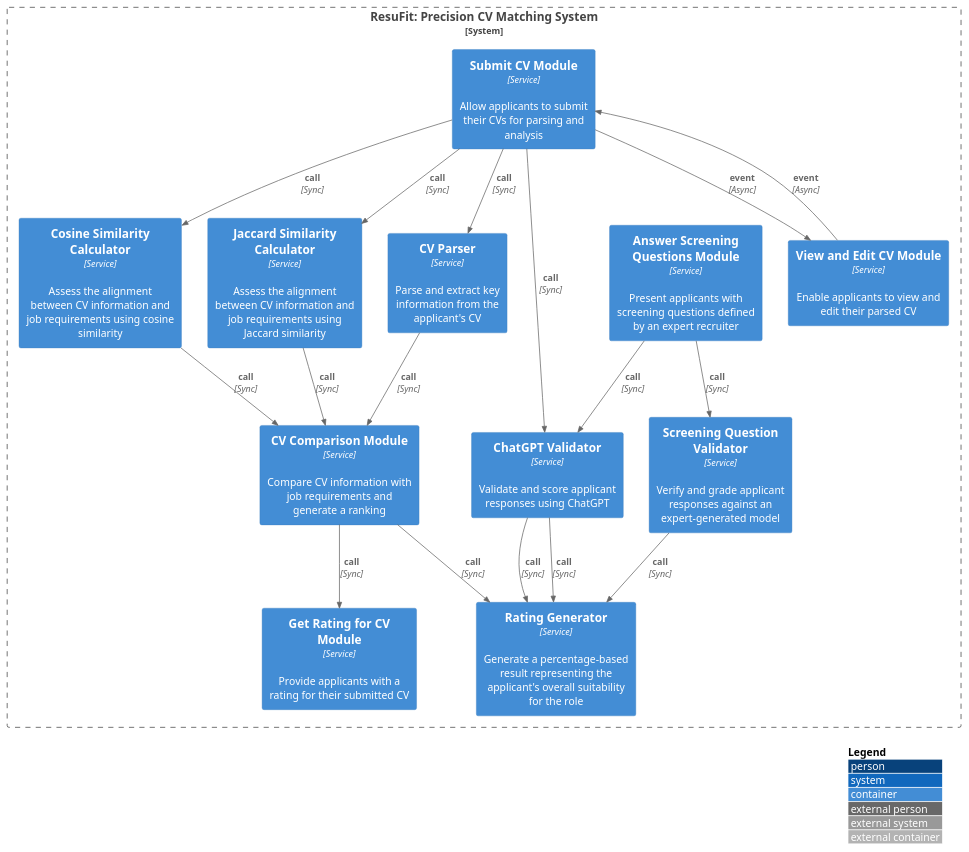
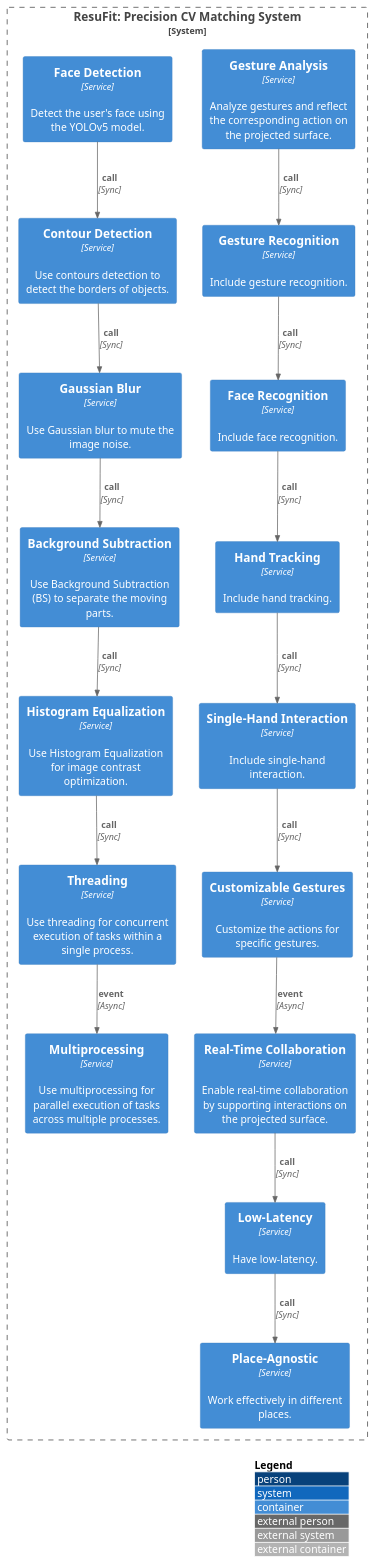
One commit to hanaAbdelwahab/GPARCHIMIND changed the diagram in data/outputs/architecture_c4.puml. Above: the diagram before and after it, drawn with PlantUML. The commit also changed 21 other files, not shown here.

```diff
--- a/data/outputs/architecture_c4.puml
+++ b/data/outputs/architecture_c4.puml
@@ -1,33 +1,36 @@
 @startuml
 !include https://raw.githubusercontent.com/plantuml-stdlib/C4-PlantUML/master/C4_Container.puml
 LAYOUT_WITH_LEGEND()
 System_Boundary(ResuFitPrecisionCVMatchingSystem, "ResuFit: Precision CV Matching System") {
-  Container(CVParser, "CV Parser", "Service", "Parse and extract key information from the applicant's CV")
-  Container(ScreeningQuestionValidator, "Screening Question Validator", "Service", "Verify and grade applicant responses against an expert-generated model")
-  Container(CosineSimilarityCalculator, "Cosine Similarity Calculator", "Service", "Assess the alignment between CV information and job requirements using cosine similarity")
-  Container(JaccardSimilarityCalculator, "Jaccard Similarity Calculator", "Service", "Assess the alignment between CV information and job requirements using Jaccard similarity")
-  Container(RatingGenerator, "Rating Generator", "Service", "Generate a percentage-based result representing the applicant's overall suitability for the role")
-  Container(CVComparisonModule, "CV Comparison Module", "Service", "Compare CV information with job requirements and generate a ranking")
-  Container(ChatGPTValidator, "ChatGPT Validator", "Service", "Validate and score applicant responses using ChatGPT")
-  Container(SubmitCVModule, "Submit CV Module", "Service", "Allow applicants to submit their CVs for parsing and analysis")
-  Container(ViewandEditCVModule, "View and Edit CV Module", "Service", "Enable applicants to view and edit their parsed CV")
-  Container(AnswerScreeningQuestionsModule, "Answer Screening Questions Module", "Service", "Present applicants with screening questions defined by an expert recruiter")
-  Container(GetRatingforCVModule, "Get Rating for CV Module", "Service", "Provide applicants with a rating for their submitted CV")
+  Container(GestureAnalysis, "Gesture Analysis", "Service", "Analyze gestures and reflect the corresponding action on the projected surface.")
+  Container(GestureRecognition, "Gesture Recognition", "Service", "Include gesture recognition.")
+  Container(FaceRecognition, "Face Recognition", "Service", "Include face recognition.")
+  Container(HandTracking, "Hand Tracking", "Service", "Include hand tracking.")
+  Container(SingleHandInteraction, "Single-Hand Interaction", "Service", "Include single-hand interaction.")
+  Container(CustomizableGestures, "Customizable Gestures", "Service", "Customize the actions for specific gestures.")
+  Container(RealTimeCollaboration, "Real-Time Collaboration", "Service", "Enable real-time collaboration by supporting interactions on the projected surface.")
+  Container(LowLatency, "Low-Latency", "Service", "Have low-latency.")
+  Container(PlaceAgnostic, "Place-Agnostic", "Service", "Work effectively in different places.")
+  Container(FaceDetection, "Face Detection", "Service", "Detect the user's face using the YOLOv5 model.")
+  Container(ContourDetection, "Contour Detection", "Service", "Use contours detection to detect the borders of objects.")
+  Container(GaussianBlur, "Gaussian Blur", "Service", "Use Gaussian blur to mute the image noise.")
+  Container(BackgroundSubtraction, "Background Subtraction", "Service", "Use Background Subtraction (BS) to separate the moving parts.")
+  Container(HistogramEqualization, "Histogram Equalization", "Service", "Use Histogram Equalization for image contrast optimization.")
+  Container(Threading, "Threading", "Service", "Use threading for concurrent execution of tasks within a single process.")
+  Container(Multiprocessing, "Multiprocessing", "Service", "Use multiprocessing for parallel execution of tasks across multiple processes.")
 }
-Rel(SubmitCVModule, CVParser, "call", "Sync")
-Rel(CVParser, CVComparisonModule, "call", "Sync")
-Rel(CVComparisonModule, RatingGenerator, "call", "Sync")
-Rel(CVComparisonModule, GetRatingforCVModule, "call", "Sync")
-Rel(SubmitCVModule, ViewandEditCVModule, "event", "Async")
-Rel(ViewandEditCVModule, SubmitCVModule, "event", "Async")
-Rel(AnswerScreeningQuestionsModule, ScreeningQuestionValidator, "call", "Sync")
-Rel(ScreeningQuestionValidator, RatingGenerator, "call", "Sync")
-Rel(SubmitCVModule, ChatGPTValidator, "call", "Sync")
-Rel(ChatGPTValidator, RatingGenerator, "call", "Sync")
-Rel(SubmitCVModule, CosineSimilarityCalculator, "call", "Sync")
-Rel(CosineSimilarityCalculator, CVComparisonModule, "call", "Sync")
-Rel(SubmitCVModule, JaccardSimilarityCalculator, "call", "Sync")
-Rel(JaccardSimilarityCalculator, CVComparisonModule, "call", "Sync")
-Rel(AnswerScreeningQuestionsModule, ChatGPTValidator, "call", "Sync")
-Rel(ChatGPTValidator, RatingGenerator, "call", "Sync")
+Rel(GestureAnalysis, GestureRecognition, "call", "Sync")
+Rel(GestureRecognition, FaceRecognition, "call", "Sync")
+Rel(FaceRecognition, HandTracking, "call", "Sync")
+Rel(HandTracking, SingleHandInteraction, "call", "Sync")
+Rel(SingleHandInteraction, CustomizableGestures, "call", "Sync")
+Rel(CustomizableGestures, RealTimeCollaboration, "event", "Async")
+Rel(RealTimeCollaboration, LowLatency, "call", "Sync")
+Rel(LowLatency, PlaceAgnostic, "call", "Sync")
+Rel(FaceDetection, ContourDetection, "call", "Sync")
+Rel(ContourDetection, GaussianBlur, "call", "Sync")
+Rel(GaussianBlur, BackgroundSubtraction, "call", "Sync")
+Rel(BackgroundSubtraction, HistogramEqualization, "call", "Sync")
+Rel(HistogramEqualization, Threading, "call", "Sync")
+Rel(Threading, Multiprocessing, "event", "Async")
 @enduml
```
